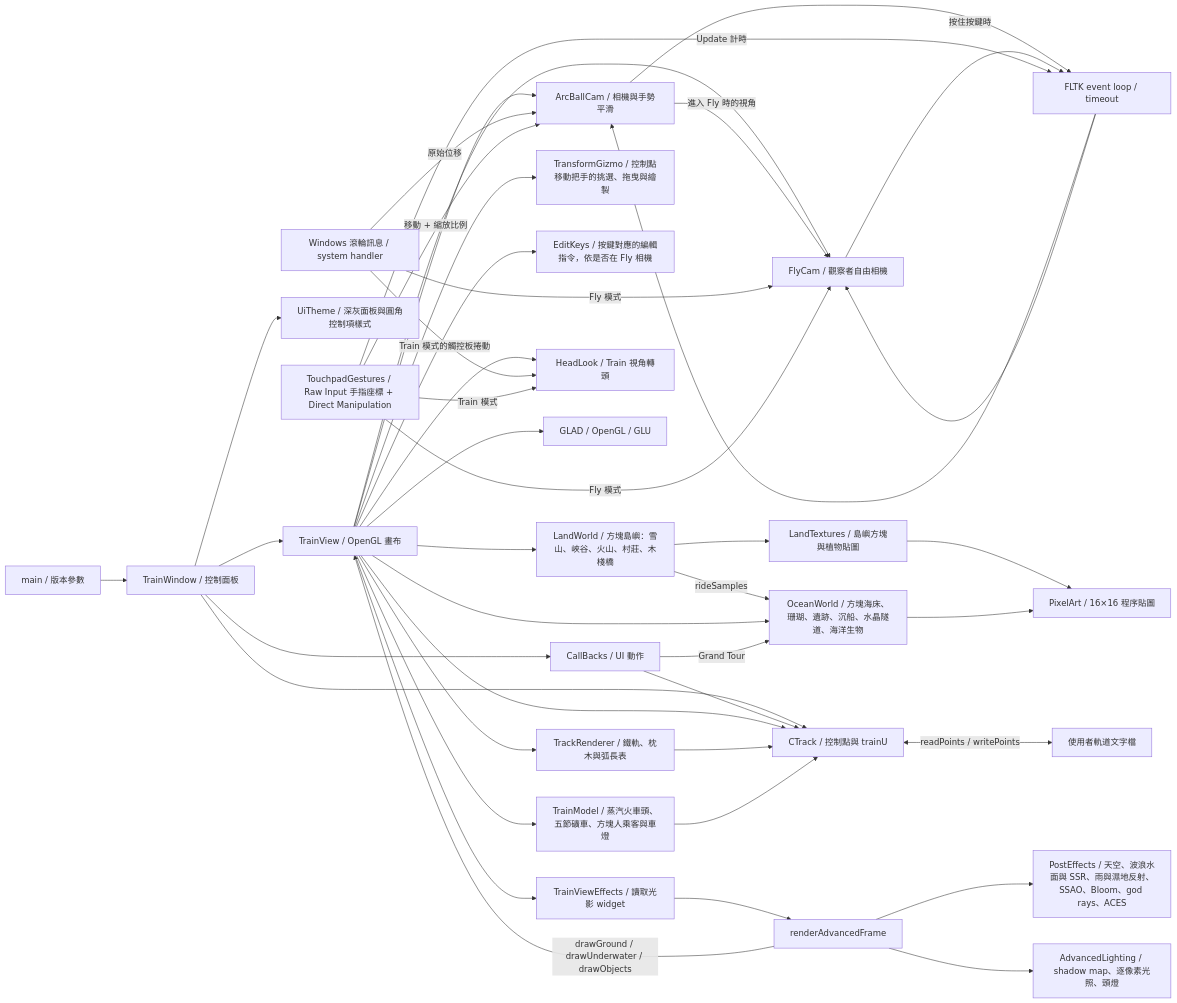
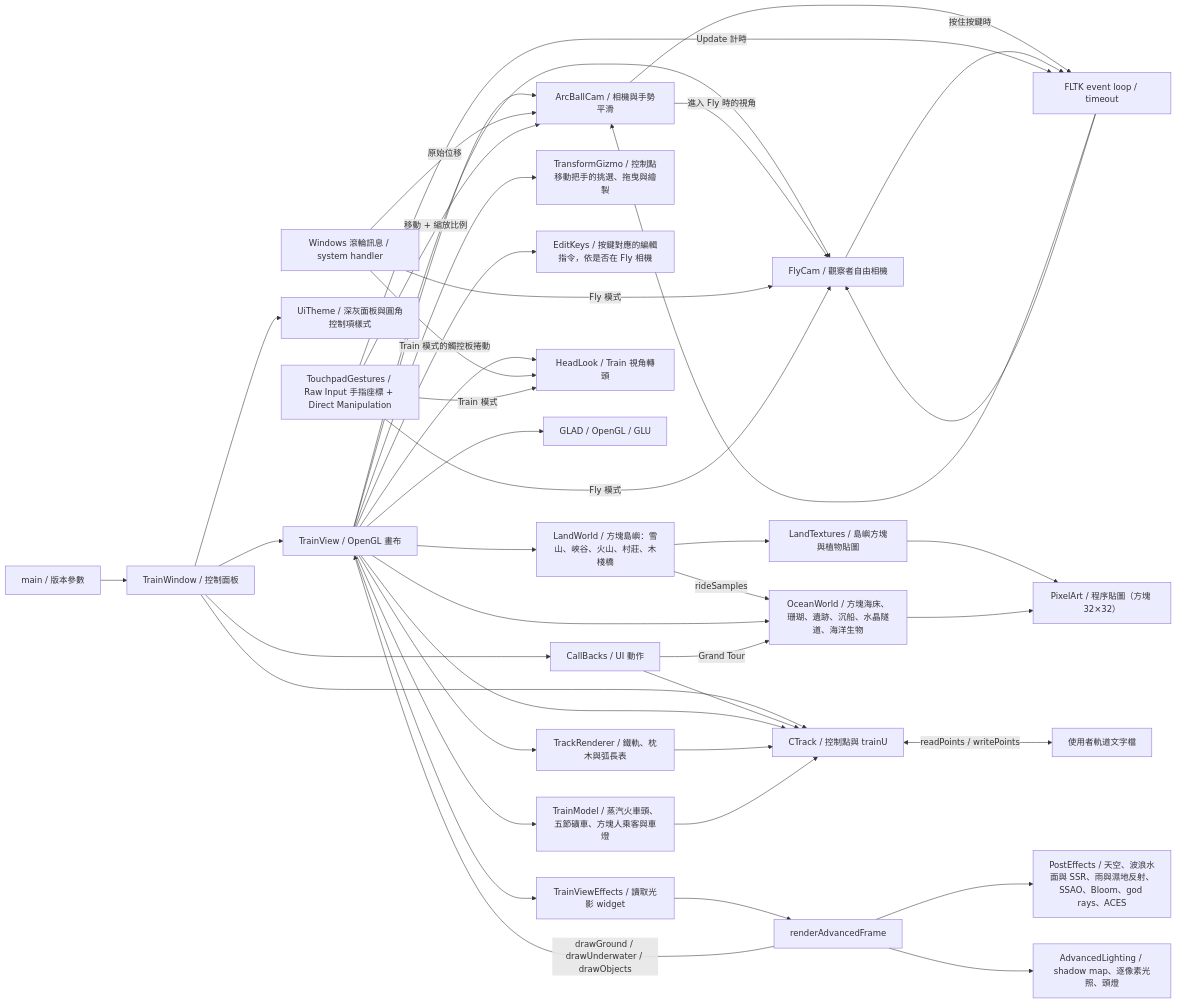
One commit to wj6wj6/RollerCoasters changed the diagram in docs/architecture.md. Above: the diagram before and after it, drawn with Mermaid. The commit also changed other lines of this file and 8 other files, not shown here.

````diff
--- a/docs/architecture.md
+++ b/docs/architecture.md
@@ -3,45 +3,45 @@
 ```mermaid
 flowchart LR
     Main[main / 版本參數] --> Window[TrainWindow / 控制面板]
     Window --> View[TrainView / OpenGL 畫布]
     Window --> Track[CTrack / 控制點與 trainU]
     Window --> Theme[UiTheme / 深灰面板與圓角控制項樣式]
     Window --> Callbacks[CallBacks / UI 動作]
     Callbacks --> Track
     View --> Track
     View --> Rails[TrackRenderer / 鐵軌、枕木與弧長表]
     Rails --> Track
     View --> Train[TrainModel / 蒸汽火車頭、五節礦車、方塊人乘客與車燈]
     Train --> Track
     View --> Gizmo[TransformGizmo / 控制點移動把手的挑選、拖曳與繪製]
     View --> Keys[EditKeys / 按鍵對應的編輯指令，依是否在 Fly 相機]
     View --> Camera[ArcBallCam / 相機與手勢平滑]
     View --> Fly[FlyCam / 觀察者自由相機]
     View --> Head[HeadLook / Train 視角轉頭]
     Camera -->|進入 Fly 時的視角| Fly
     Camera --> Timer[FLTK event loop / timeout]
     Timer --> Camera
     Fly -->|按住按鍵時| Timer
     Timer --> Fly
     Wheel[Windows 滾輪訊息 / system handler] -->|原始位移| Camera
     Wheel -->|Fly 模式| Fly
     Touchpad[TouchpadGestures / Raw Input 手指座標 + Direct Manipulation] -->|移動 + 縮放比例| Camera
     Touchpad -->|Fly 模式| Fly
     Wheel -->|Train 模式的觸控板捲動| Head
     Touchpad -->|Train 模式| Head
     Touchpad -->|Update 計時| Timer
     Track <-->|readPoints / writePoints| File[使用者軌道文字檔]
     View --> GL[GLAD / OpenGL / GLU]
     View --> Effects[TrainViewEffects / 讀取光影 widget]
     Effects --> Frame[renderAdvancedFrame]
     Frame --> Lighting[AdvancedLighting / shadow map、逐像素光照、頭燈]
     Frame --> Post[PostEffects / 天空、波浪水面與 SSR、雨與濕地反射、SSAO、Bloom、god rays、ACES]
     Frame -->|drawGround / drawUnderwater / drawObjects| View
     View --> Land[LandWorld / 方塊島嶼：雪山、峽谷、火山、村莊、木棧橋]
     Land --> LandTex[LandTextures / 島嶼方塊與植物貼圖]
     Land -->|rideSamples| Ocean
     View --> Ocean[OceanWorld / 方塊海床、珊瑚、遺跡、沉船、水晶隧道、海洋生物]
-    LandTex --> Pixel[PixelArt / 16×16 程序貼圖]
+    LandTex --> Pixel[PixelArt / 程序貼圖（方塊 32×32）]
     Ocean --> Pixel
     Callbacks -->|Grand Tour| Ocean
 ```
````
